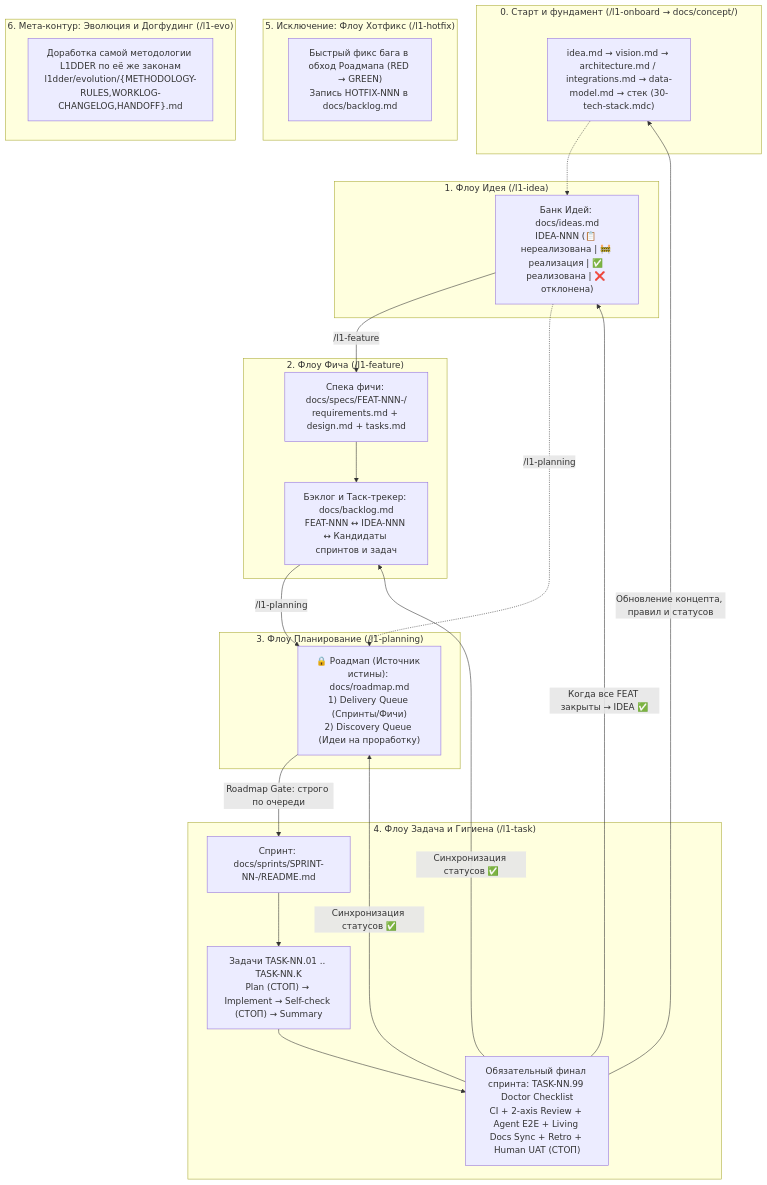
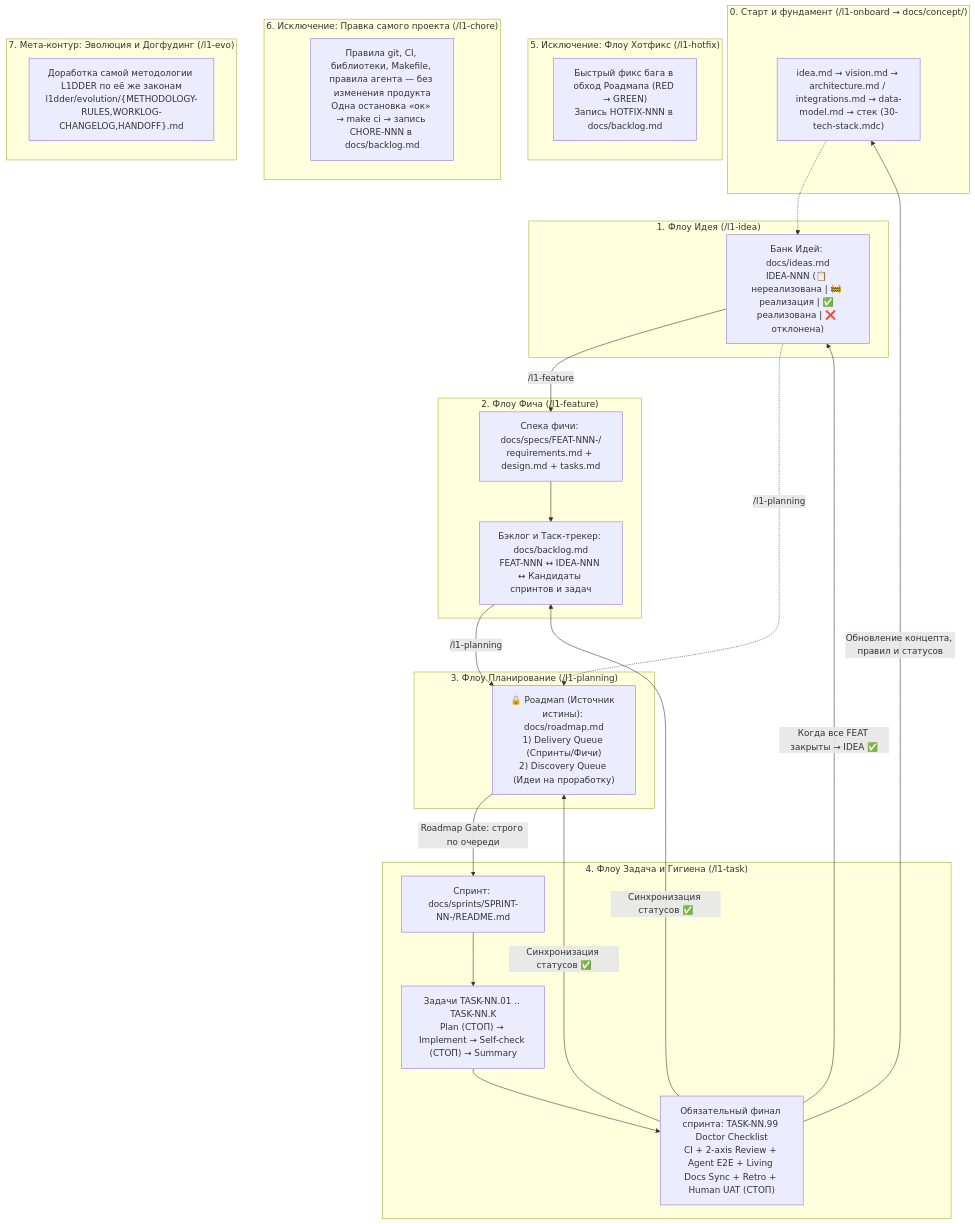
Before and after one commit to ledvanoff/l1dder: the diagram in l1dder/METHODOLOGY.md, drawn with Mermaid. The commit also changed other lines of this file and 45 other files, not shown here.

````diff
--- a/l1dder/METHODOLOGY.md
+++ b/l1dder/METHODOLOGY.md
@@ -12,46 +12,50 @@
 ```mermaid
 flowchart TB
     subgraph foundation["0. Старт и фундамент (/l1-onboard → docs/concept/)"]
         CON["idea.md → vision.md → architecture.md / integrations.md → data-model.md → стек (30-tech-stack.mdc)"]
     end
 
     subgraph flow1["1. Флоу Идея (/l1-idea)"]
         IDEAS["Банк Идей: docs/ideas.md<br/>IDEA-NNN (📋 нереализована | 🚧 реализация | ✅ реализована | ❌ отклонена)"]
     end
 
     subgraph flow2["2. Флоу Фича (/l1-feature)"]
         SPECS["Спека фичи: docs/specs/FEAT-NNN-<slug>/<br/>requirements.md + design.md + tasks.md"]
         BACKLOG["Бэклог и Таск-трекер: docs/backlog.md<br/>FEAT-NNN ↔ IDEA-NNN ↔ Кандидаты спринтов и задач"]
     end
 
     subgraph flow3["3. Флоу Планирование (/l1-planning)"]
         ROADMAP["🔒 Роадмап (Источник истины): docs/roadmap.md<br/>1) Delivery Queue (Спринты/Фичи)<br/>2) Discovery Queue (Идеи на проработку)"]
     end
 
     subgraph flow4["4. Флоу Задача и Гигиена (/l1-task)"]
         SPRINT["Спринт: docs/sprints/SPRINT-NN-<slug>/README.md"]
         TASKS["Задачи TASK-NN.01 .. TASK-NN.K<br/>Plan (СТОП) → Implement → Self-check (СТОП) → Summary"]
         DOCTOR["Обязательный финал спринта: TASK-NN.99 Doctor Checklist<br/>CI + 2-axis Review + Agent E2E + Living Docs Sync + Retro + Human UAT (СТОП)"]
     end
 
     subgraph flow5["5. Исключение: Флоу Хотфикс (/l1-hotfix)"]
         HOTFIX["Быстрый фикс бага в обход Роадмапа (RED → GREEN)<br/>Запись HOTFIX-NNN в docs/backlog.md"]
     end
 
-    subgraph flow6["6. Мета-контур: Эволюция и Догфудинг (/l1-evo)"]
+    subgraph flowChore["6. Исключение: Правка самого проекта (/l1-chore)"]
+        CHORE["Правила git, CI, библиотеки, Makefile, правила агента — без изменения продукта<br/>Одна остановка «ок» → make ci → запись CHORE-NNN в docs/backlog.md"]
+    end
+
+    subgraph flow6["7. Мета-контур: Эволюция и Догфудинг (/l1-evo)"]
         EVO["Доработка самой методологии L1DDER по её же законам<br/>l1dder/evolution/{METHODOLOGY-RULES,WORKLOG-CHANGELOG,HANDOFF}.md"]
     end
 
     CON -.-> IDEAS
     IDEAS -->|"/l1-feature"| SPECS
     SPECS --> BACKLOG
     IDEAS -.->|"/l1-planning"| ROADMAP
     BACKLOG -->|"/l1-planning"| ROADMAP
     ROADMAP -->|"Roadmap Gate: строго по очереди"| SPRINT
     SPRINT --> TASKS
     TASKS --> DOCTOR
     DOCTOR -->|"Обновление концепта, правил и статусов"| CON
     DOCTOR -->|"Синхронизация статусов ✅"| ROADMAP
     DOCTOR -->|"Синхронизация статусов ✅"| BACKLOG
     DOCTOR -->|"Когда все FEAT закрыты → IDEA ✅"| IDEAS
 ```
````
